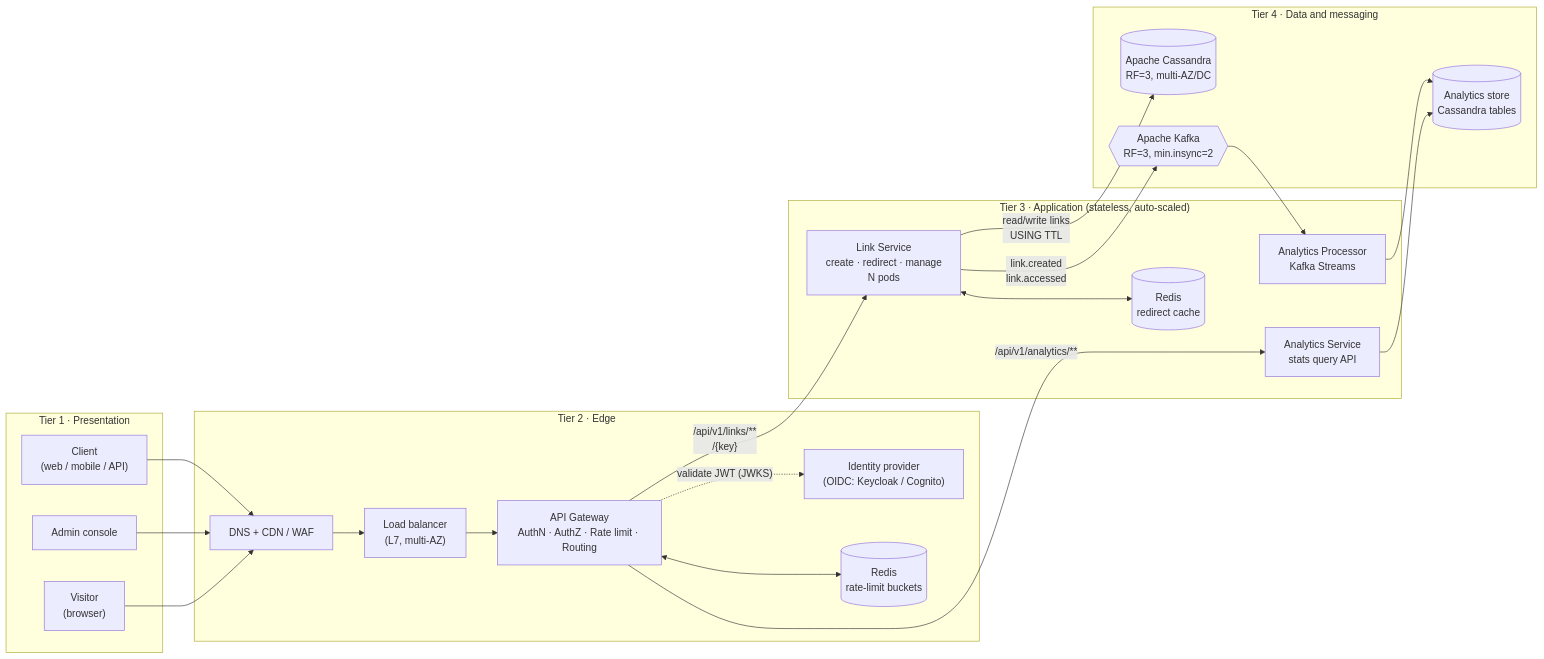
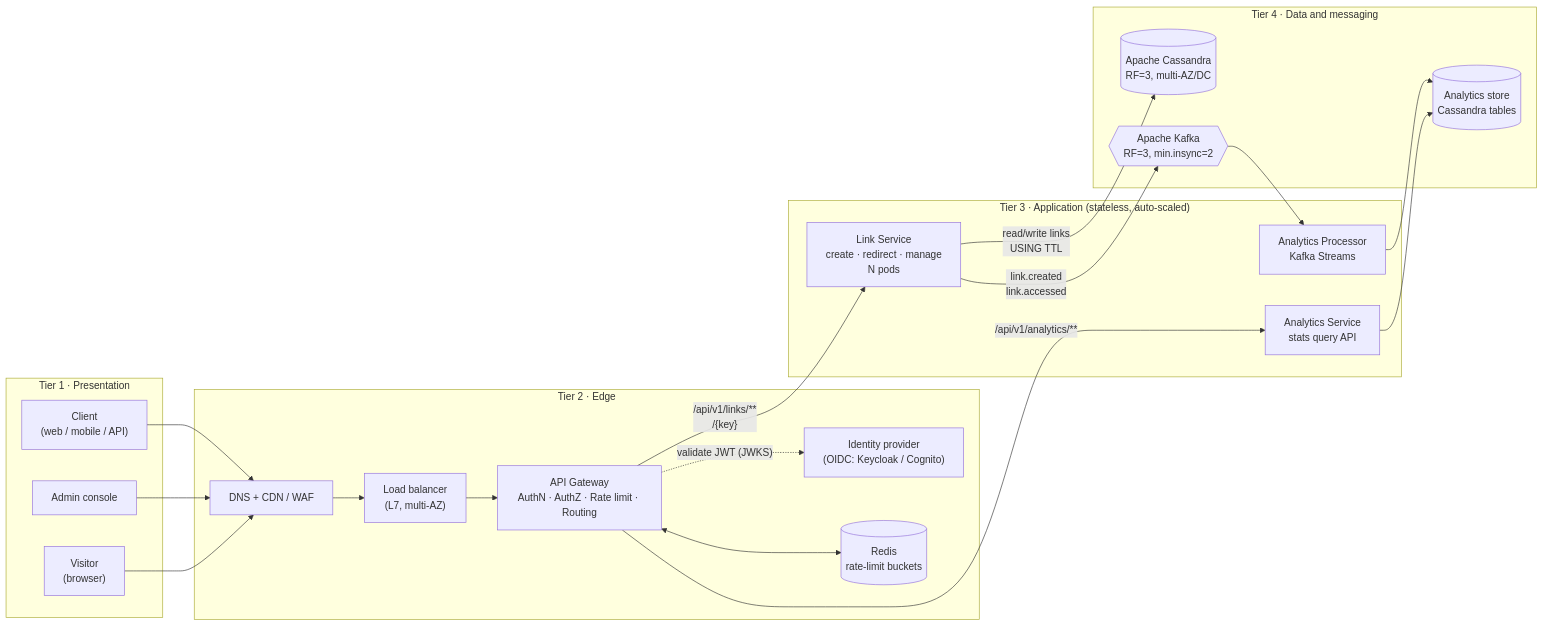
One commit to amitpramanik1986/url-shortener changed the first of 3 diagrams in 01-architecture.md. Above: the diagram before and after it, drawn with Mermaid. The commit also changed other lines of this file, not shown here.

Commit message:
proposed architecture refactor

````diff
--- a/01-architecture.md
+++ b/01-architecture.md
@@ -51,40 +51,38 @@
 ```mermaid
 flowchart LR
     subgraph T1["Tier 1 · Presentation"]
         C["Client<br/>(web / mobile / API)"]
         A["Admin console"]
         V["Visitor<br/>(browser)"]
     end
 
     subgraph T2["Tier 2 · Edge"]
         DNS["DNS + CDN / WAF"]
         LB["Load balancer<br/>(L7, multi-AZ)"]
         GW["API Gateway<br/>AuthN · AuthZ · Rate limit · Routing"]
         IDP["Identity provider<br/>(OIDC: Keycloak / Cognito)"]
         RL[("Redis<br/>rate-limit buckets")]
     end
 
     subgraph T3["Tier 3 · Application (stateless, auto-scaled)"]
         LS["Link Service<br/>create · redirect · manage<br/>N pods"]
         AS["Analytics Service<br/>stats query API"]
         AP["Analytics Processor<br/>Kafka Streams"]
-        KC[("Redis<br/>redirect cache")]
     end
 
     subgraph T4["Tier 4 · Data and messaging"]
         CAS[("Apache Cassandra<br/>RF=3, multi-AZ/DC")]
         K{{"Apache Kafka<br/>RF=3, min.insync=2"}}
         ADB[("Analytics store<br/>Cassandra tables")]
     end
 
     C & A & V --> DNS --> LB --> GW
     GW -. "validate JWT (JWKS)" .-> IDP
     GW <--> RL
     GW -->|"/api/v1/links/**<br/>/{key}"| LS
     GW -->|"/api/v1/analytics/**"| AS
-    LS <--> KC
     LS -->|"read/write links<br/>USING TTL"| CAS
     LS -->|"link.created<br/>link.accessed"| K
     K --> AP --> ADB
     AS --> ADB
 ```
````
